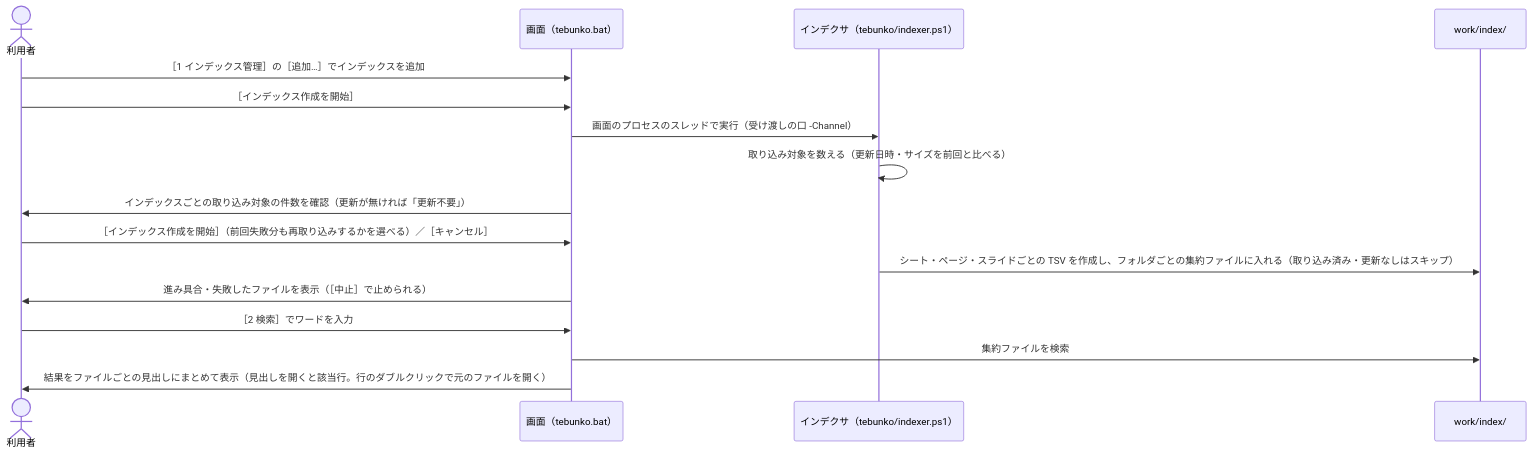
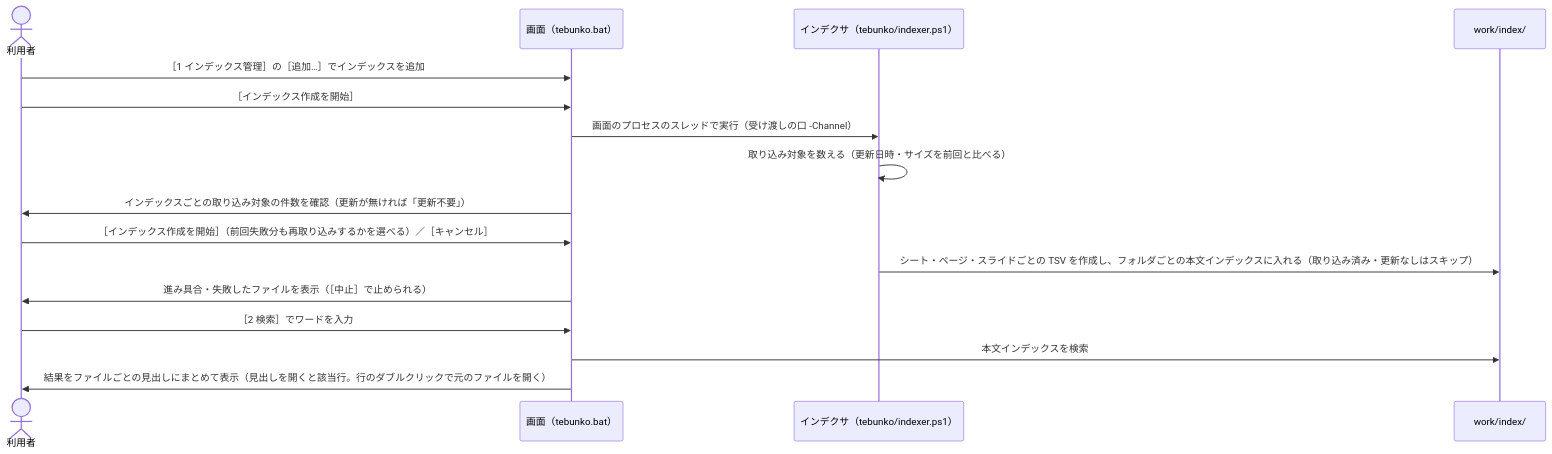
Before and after one commit to hsgwa/tebunko: the second of 2 diagrams in docs/design/index.md, drawn with Mermaid. The commit also changed other lines of this file and 27 other files, not shown here.

````diff
--- a/docs/design/index.md
+++ b/docs/design/index.md
@@ -130,19 +137,19 @@
 ```mermaid
 sequenceDiagram
     actor U as 利用者
     participant G as 画面（tebunko.bat）
     participant CV as インデクサ（tebunko/indexer.ps1）
     participant W as work/index/
 
     U->>G: ［1 インデックス管理］の［追加…］でインデックスを追加
     U->>G: ［インデックス作成を開始］
     G->>CV: 画面のプロセスのスレッドで実行（受け渡しの口 -Channel）
     CV->>CV: 取り込み対象を数える（更新日時・サイズを前回と比べる）
     G->>U: インデックスごとの取り込み対象の件数を確認（更新が無ければ「更新不要」）
     U->>G: ［インデックス作成を開始］（前回失敗分も再取り込みするかを選べる）／［キャンセル］
-    CV->>W: シート・ページ・スライドごとの TSV を作成し、フォルダごとの集約ファイルに入れる（取り込み済み・更新なしはスキップ）
+    CV->>W: シート・ページ・スライドごとの TSV を作成し、フォルダごとの本文インデックスに入れる（取り込み済み・更新なしはスキップ）
     G->>U: 進み具合・失敗したファイルを表示（［中止］で止められる）
     U->>G: ［2 検索］でワードを入力
-    G->>W: 集約ファイルを検索
+    G->>W: 本文インデックスを検索
     G->>U: 結果をファイルごとの見出しにまとめて表示（見出しを開くと該当行。行のダブルクリックで元のファイルを開く）
 ```
````
